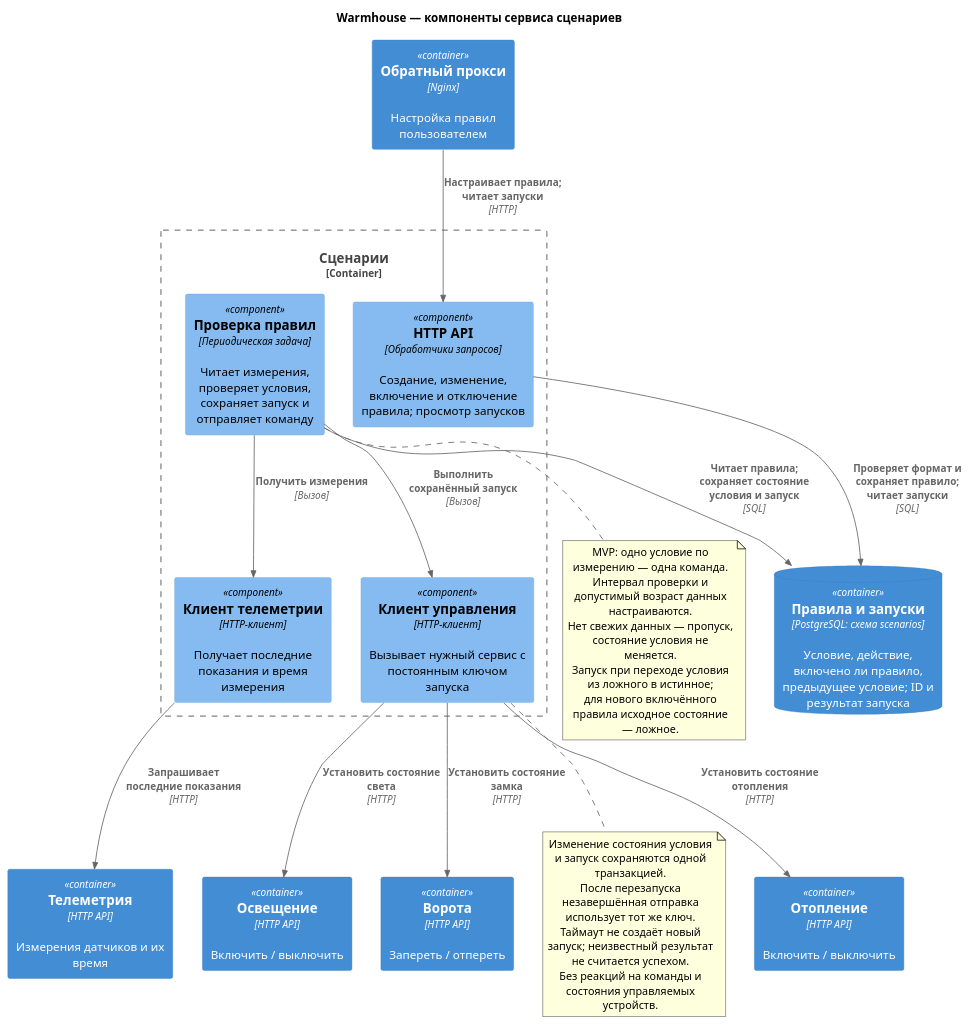
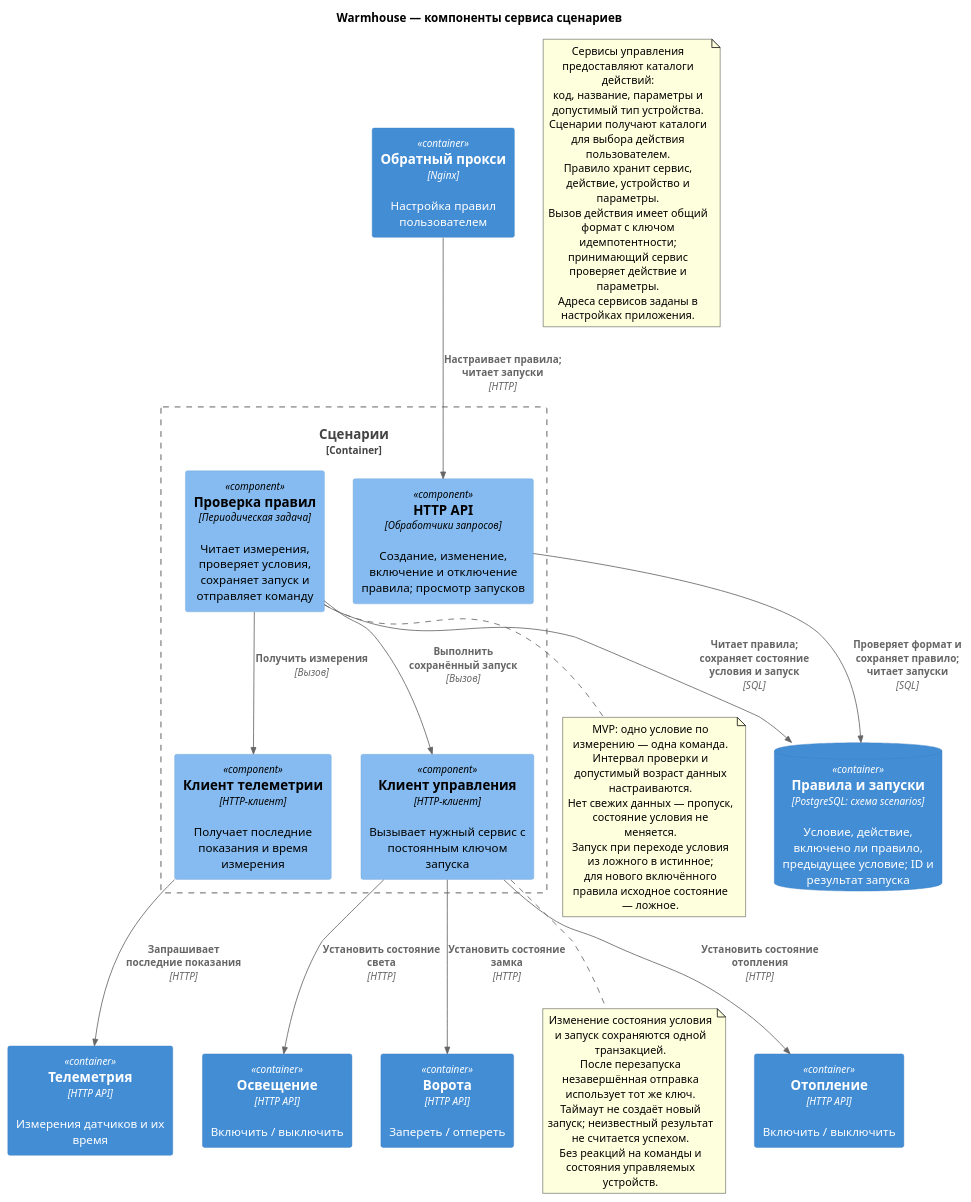
Before and after one commit to AndyMcFishka/architecture-pro-warmhouse: the diagram in diagrams/components/scenarios.puml, drawn with PlantUML.

Commit message:
Note action catalogs and shared invocation contract

```diff
--- a/diagrams/components/scenarios.puml
+++ b/diagrams/components/scenarios.puml
@@ -1,46 +1,55 @@
 @startuml
 !include <C4/C4_Component>
 
 title Warmhouse — компоненты сервиса сценариев
 LAYOUT_TOP_DOWN()
 
 Container(proxy, "Обратный прокси", "Nginx", "Настройка правил пользователем")
 
 Container_Boundary(scenarios, "Сценарии") {
     Component(api, "HTTP API", "Обработчики запросов", "Создание, изменение, включение и отключение правила; просмотр запусков")
     Component(evaluator, "Проверка правил", "Периодическая задача", "Читает измерения, проверяет условия, сохраняет запуск и отправляет команду")
     Component(telemetryClient, "Клиент телеметрии", "HTTP-клиент", "Получает последние показания и время измерения")
     Component(commandClient, "Клиент управления", "HTTP-клиент", "Вызывает нужный сервис с постоянным ключом запуска")
 }
 
 ContainerDb(db, "Правила и запуски", "PostgreSQL: схема scenarios", "Условие, действие, включено ли правило, предыдущее условие; ID и результат запуска")
 Container(telemetry, "Телеметрия", "HTTP API", "Измерения датчиков и их время")
 Container(heating, "Отопление", "HTTP API", "Включить / выключить")
 Container(lighting, "Освещение", "HTTP API", "Включить / выключить")
 Container(gates, "Ворота", "HTTP API", "Запереть / отпереть")
 
 Rel(proxy, api, "Настраивает правила; читает запуски", "HTTP")
 Rel(api, db, "Проверяет формат и сохраняет правило; читает запуски", "SQL")
 Rel(evaluator, db, "Читает правила; сохраняет состояние условия и запуск", "SQL")
 Rel(evaluator, telemetryClient, "Получить измерения", "Вызов")
 Rel(telemetryClient, telemetry, "Запрашивает последние показания", "HTTP")
 Rel(evaluator, commandClient, "Выполнить сохранённый запуск", "Вызов")
 Rel(commandClient, heating, "Установить состояние отопления", "HTTP")
 Rel(commandClient, lighting, "Установить состояние света", "HTTP")
 Rel(commandClient, gates, "Установить состояние замка", "HTTP")
 
 note bottom of evaluator
   MVP: одно условие по измерению — одна команда.
   Интервал проверки и допустимый возраст данных настраиваются.
   Нет свежих данных — пропуск, состояние условия не меняется.
   Запуск при переходе условия из ложного в истинное;
   для нового включённого правила исходное состояние — ложное.
 end note
 
 note bottom of commandClient
   Изменение состояния условия и запуск сохраняются одной транзакцией.
   После перезапуска незавершённая отправка использует тот же ключ.
   Таймаут не создаёт новый запуск; неизвестный результат не считается успехом.
   Без реакций на команды и состояния управляемых устройств.
 end note
+note as actions_catalog
+  Сервисы управления предоставляют каталоги действий:
+  код, название, параметры и допустимый тип устройства.
+  Сценарии получают каталоги для выбора действия пользователем.
+  Правило хранит сервис, действие, устройство и параметры.
+  Вызов действия имеет общий формат с ключом идемпотентности;
+  принимающий сервис проверяет действие и параметры.
+  Адреса сервисов заданы в настройках приложения.
+end note
 @enduml
```
